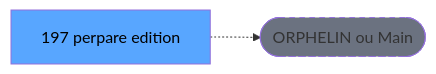
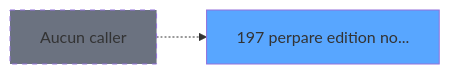
One commit to thonyAGP/magic-migration changed the second of 3 diagrams in .openspec/specs/ADH-IDE-197.md. Above: the diagram before and after it, drawn with Mermaid. The commit also changed other lines of this file and 493 other files, not shown here.

````diff
--- a/.openspec/specs/ADH-IDE-197.md
+++ b/.openspec/specs/ADH-IDE-197.md
@@ -121,8 +126,8 @@
 ```mermaid
 graph LR
-    T[197 perpare edition]
-    ORPHAN([ORPHELIN ou Main])
-    T -.-> ORPHAN
-    style T fill:#58a6ff,color:#000
-    style ORPHAN fill:#6b7280,stroke-dasharray: 5 5
+    T197[197 perpare edition no...]
+    style T197 fill:#58a6ff
+    NONE[Aucun caller]
+    NONE -.-> T197
+    style NONE fill:#6b7280,stroke-dasharray: 5 5
 ```
````
